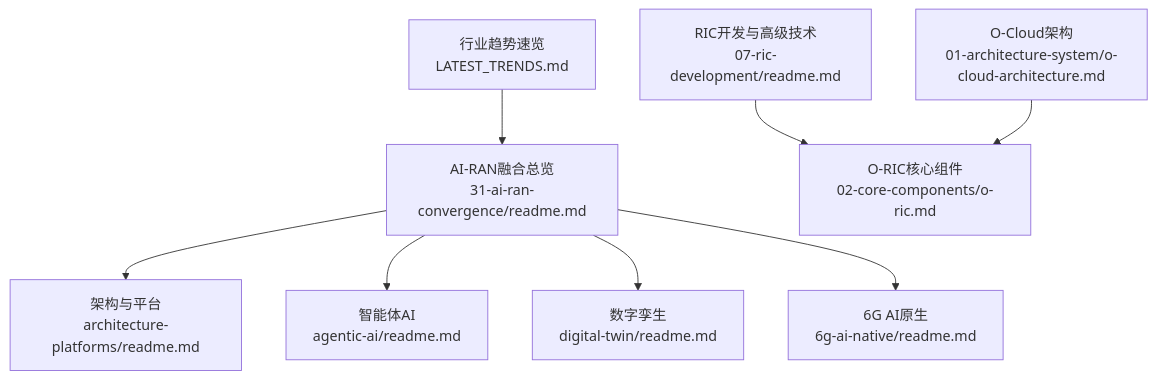
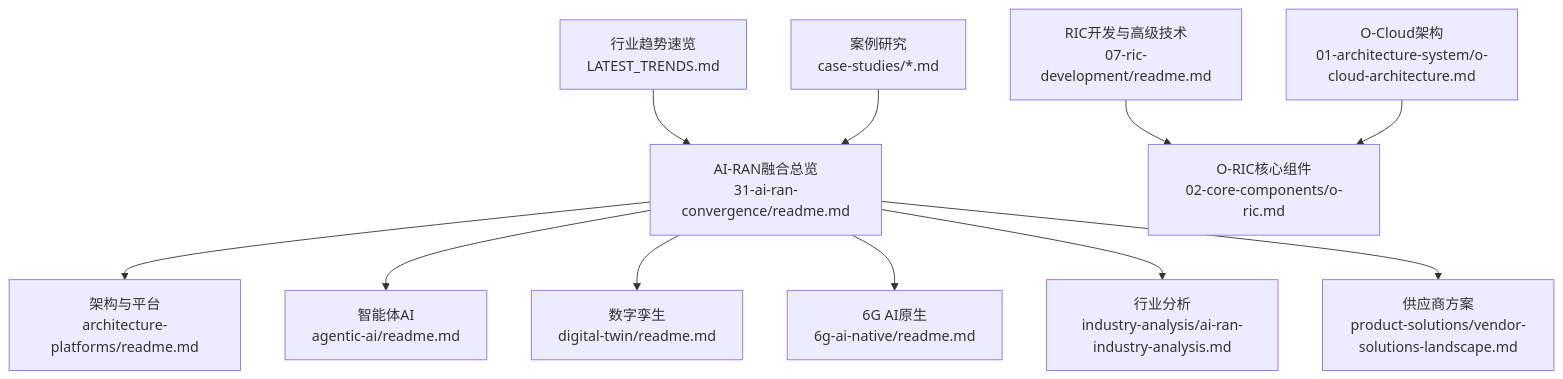
Before and after one commit to allengaller/oran-database: the first of 8 diagrams in .qoder/repowiki/zh/content/未来发展/AI-RAN融合.md, drawn with Mermaid. The commit also changed other lines of this file and 32 other files, not shown here.

````diff
--- a/.qoder/repowiki/zh/content/未来发展/AI-RAN融合.md
+++ b/.qoder/repowiki/zh/content/未来发展/AI-RAN融合.md
@@ -40,10 +60,13 @@
 ```mermaid
 graph TB
 A["AI-RAN融合总览<br/>31-ai-ran-convergence/readme.md"] --> B["架构与平台<br/>architecture-platforms/readme.md"]
 A --> C["智能体AI<br/>agentic-ai/readme.md"]
 A --> D["数字孪生<br/>digital-twin/readme.md"]
 A --> E["6G AI原生<br/>6g-ai-native/readme.md"]
-F["RIC开发与高级技术<br/>07-ric-development/readme.md"] --> G["O-RIC核心组件<br/>02-core-components/o-ric.md"]
-H["O-Cloud架构<br/>01-architecture-system/o-cloud-architecture.md"] --> G
-I["行业趋势速览<br/>LATEST_TRENDS.md"] --> A
+A --> F["行业分析<br/>industry-analysis/ai-ran-industry-analysis.md"]
+A --> G["供应商方案<br/>product-solutions/vendor-solutions-landscape.md"]
+H["RIC开发与高级技术<br/>07-ric-development/readme.md"] --> I["O-RIC核心组件<br/>02-core-components/o-ric.md"]
+J["O-Cloud架构<br/>01-architecture-system/o-cloud-architecture.md"] --> I
+K["行业趋势速览<br/>LATEST_TRENDS.md"] --> A
+L["案例研究<br/>case-studies/*.md"] --> A
 ```
````
